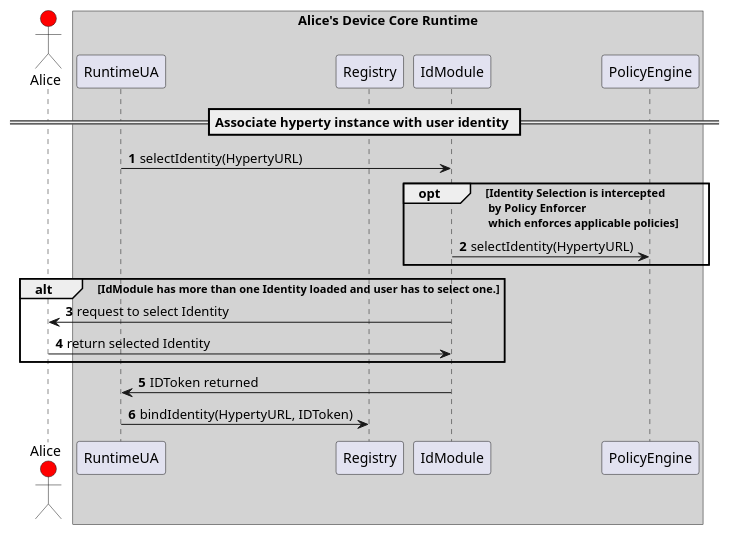
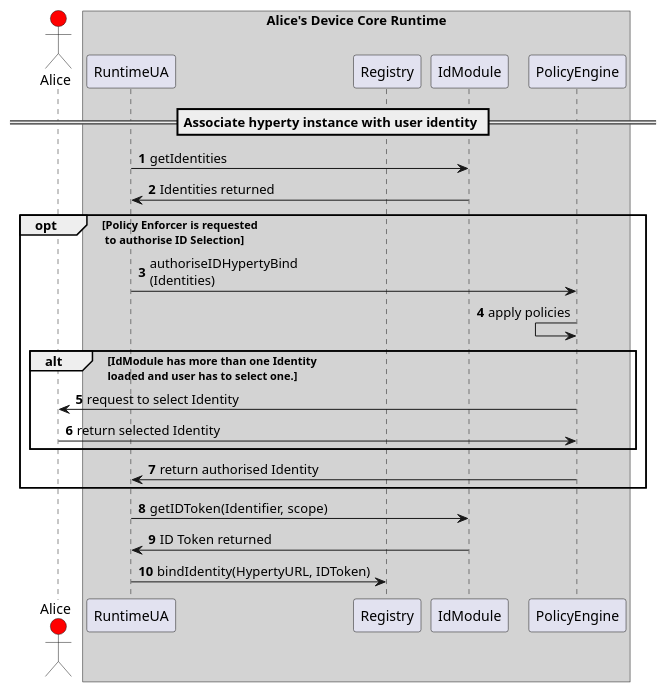
One commit to reTHINK-project/core-framework changed the diagram in docs/specs/runtime/dynamic-view/identity-management/user-to-hyperty-binding-source.puml. Above: the diagram before and after it, drawn with PlantUML. The commit also changed 2 other files, not shown here.

Commit message:
Procedures to bind Ids to Hyperties updated

```diff
--- a/docs/specs/runtime/dynamic-view/identity-management/user-to-hyperty-binding-source.puml
+++ b/docs/specs/runtime/dynamic-view/identity-management/user-to-hyperty-binding-source.puml
@@ -1,39 +1,46 @@
 @startuml user-to-hyperty-binding-scheme.png
 
 autonumber
 actor Alice #red
 box "Alice's Device Core Runtime" #LightGrey
 participant RuntimeUA
 participant Registry
 participant IdModule
 participant PolicyEngine
 end box
 box "Service Provider 1 Sandbox at Alice Device" #LightGrey
 
 == Associate hyperty instance with user identity ==
 
-RuntimeUA -> IdModule : selectIdentity(HypertyURL)
+RuntimeUA -> IdModule : getIdentities
 
-opt Identity Selection is intercepted\n by Policy Enforcer\n which enforces applicable policies
+RuntimeUA <- IdModule : Identities returned
 
-PolicyEngine <- IdModule: selectIdentity(HypertyURL)
+opt Policy Enforcer is requested\n to authorise ID Selection
 
+PolicyEngine <- RuntimeUA: authoriseIDHypertyBind\n(Identities)
+
+PolicyEngine <- PolicyEngine: apply policies
+
+alt IdModule has more than one Identity\nloaded and user has to select one.
+
+Alice <- PolicyEngine: request to select Identity
+
+Alice -> PolicyEngine: return selected Identity
 
 end
 
-alt IdModule has more than one Identity loaded and user has to select one.
-
-Alice <- IdModule: request to select Identity
-
-Alice -> IdModule: return selected Identity
+PolicyEngine -> RuntimeUA: return authorised Identity
 
 end
 
-RuntimeUA <- IdModule : IDToken returned
+RuntimeUA -> IdModule: getIDToken(Identifier, scope)
+
+RuntimeUA <- IdModule: ID Token returned
 
 RuntimeUA -> Registry : bindIdentity(HypertyURL, IDToken)
 
 end box
 
 
 @enduml
```
